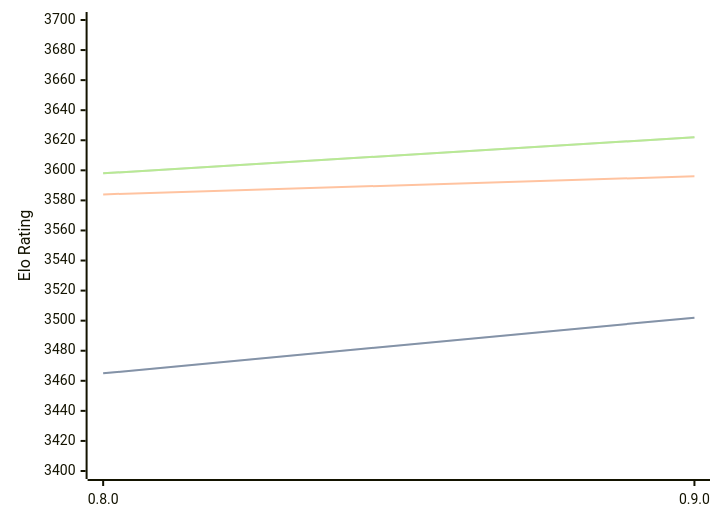
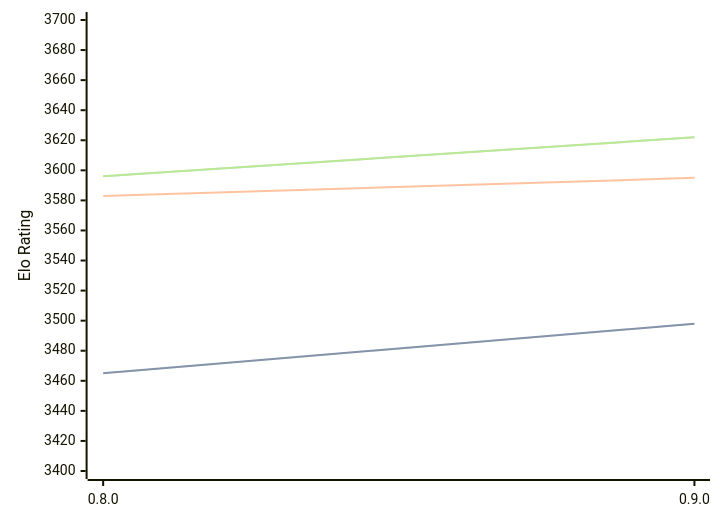
Before and after one commit to computer-chess-index/cci: the diagram in engines/Reckless.md, drawn with Mermaid. The commit also changed other lines of this file, not shown here.

Commit message:
Update CCI Ratings (ELO VLTC) - 2026-03-22

````diff
--- a/engines/Reckless.md
+++ b/engines/Reckless.md
@@ -39,11 +39,11 @@
 ```mermaid
 %%{init: {"theme":"base","themeVariables":{"seriesColors:['#a3a3a3','#222221','#faa371']}}}%%
 xychart-beta
   x-axis ["0.8.0", "0.9.0"]
   y-axis "Elo Rating" 3400 --> 3700
-  line "STC (8.0+0.08s)" [3465, 3502]
-  line "STC (8.0+0.08s)" [3465, 3502]
-  line "LTC (60.0+0.60s)" [3584, 3596]
-  line "VLTC (2m24s+1.12s)" [3598, 3622]
-  line "VLTC (2m24s+1.12s)" [3598, 3622]
+  line "STC (8.0+0.08s)" [3465, 3498]
+  line "STC (8.0+0.08s)" [3465, 3498]
+  line "LTC (60.0+0.60s)" [3583, 3595]
+  line "VLTC (2m24s+1.12s)" [3596, 3622]
+  line "VLTC (2m24s+1.12s)" [3596, 3622]
 ```
````
